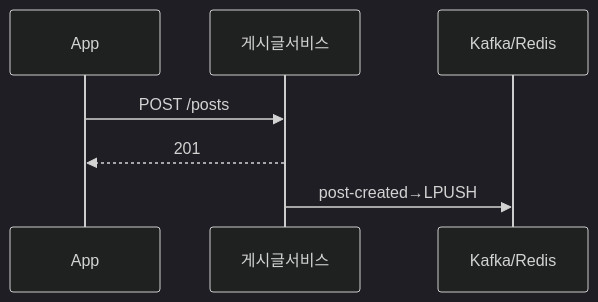
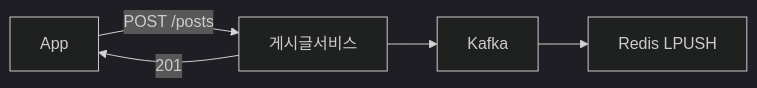
Before and after one commit to yjkim2015/yjkim2015.github.io: the fifth of 6 diagrams in _posts/systemdesign/2026-05-02-system-design-newsfeed.md, drawn with Mermaid (dark theme). The commit also changed other lines of this file and 163 other files, not shown here.

First line of the commit message:
Mermaid 300개 블록 내용 축소: 5노드 5엣지 이하, 의미 있는 약어

````diff
--- a/_posts/systemdesign/2026-05-02-system-design-newsfeed.md
+++ b/_posts/systemdesign/2026-05-02-system-design-newsfeed.md
@@ -184,9 +179,7 @@
 ```mermaid
-sequenceDiagram
-    participant App
-    participant Svc as 게시글서비스
-    participant C as Kafka/Redis
-    App->>Svc: POST /posts
-    Svc-->>App: 201
-    Svc->>C: post-created→LPUSH
+graph LR
+    A[App] -->|POST /posts| B[게시글서비스]
+    B -->|201| A
+    B --> C[Kafka]
+    C --> D[Redis LPUSH]
 ```
````
